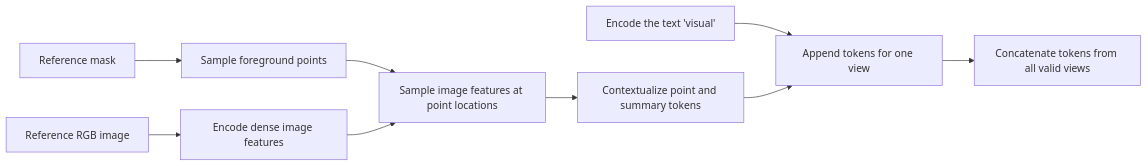
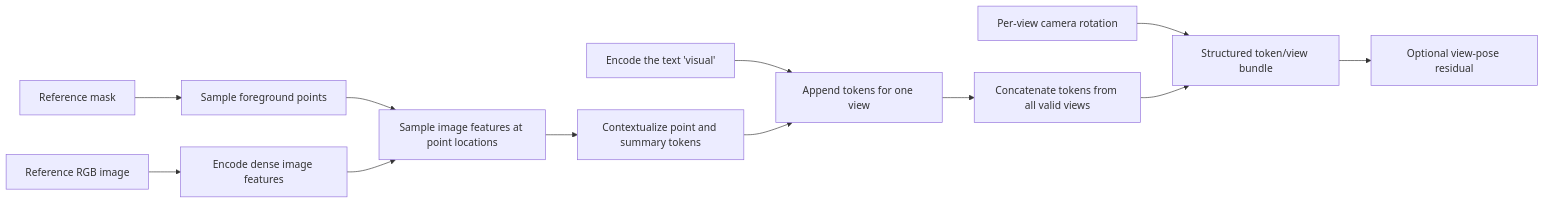
The diagram in docs/explanations/exemplar-token-construction.md (ZhuHengjin/cad_prompted_sam3), drawn with Mermaid before and after one commit. The commit also changed other lines of this file and 14 other files, not shown here.

Commit message:
feat(cad-pose): add exemplar camera embeddings

````diff
--- a/docs/explanations/exemplar-token-construction.md
+++ b/docs/explanations/exemplar-token-construction.md
@@ -13,11 +13,14 @@
 ```mermaid
 flowchart LR
     M["Reference mask"] --> P["Sample foreground points"]
     I["Reference RGB image"] --> E["Encode dense image features"]
     P --> S["Sample image features at point locations"]
     E --> S
     S --> F["Contextualize point and summary tokens"]
     V["Encode the text 'visual'"] --> C["Append tokens for one view"]
     F --> C
     C --> A["Concatenate tokens from all valid views"]
+    R["Per-view camera rotation"] --> B["Structured token/view bundle"]
+    A --> B
+    B --> O["Optional view-pose residual"]
 ```
````
